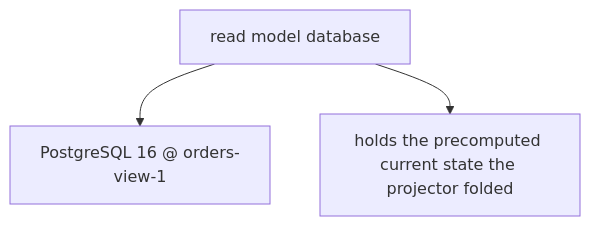
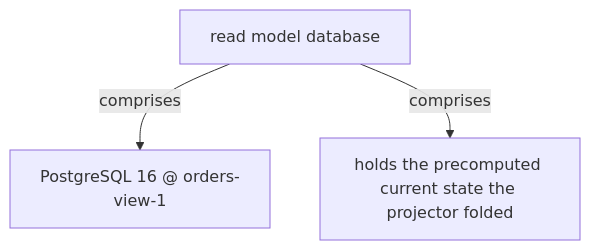
Before and after one commit to vinayakuber/microservices-io-study-guide: the seventh of 14 diagrams in docs/ch19-event-sourcing.md, drawn with Mermaid. The commit also changed other lines of this file and 71 other files, not shown here.

First line of the commit message:
R18: label every diagram arrow with its meaning

````diff
--- a/docs/ch19-event-sourcing.md
+++ b/docs/ch19-event-sourcing.md
@@ -235,6 +235,6 @@
 ```mermaid
 flowchart TD
   R["read model database"]
-  R --> P0["PostgreSQL 16 @ orders-view-1"]
-  R --> P1["holds the precomputed current state the projector folded"]
+  R -->|"comprises"| P0["PostgreSQL 16 @ orders-view-1"]
+  R -->|"comprises"| P1["holds the precomputed current state the projector folded"]
 ```
````
